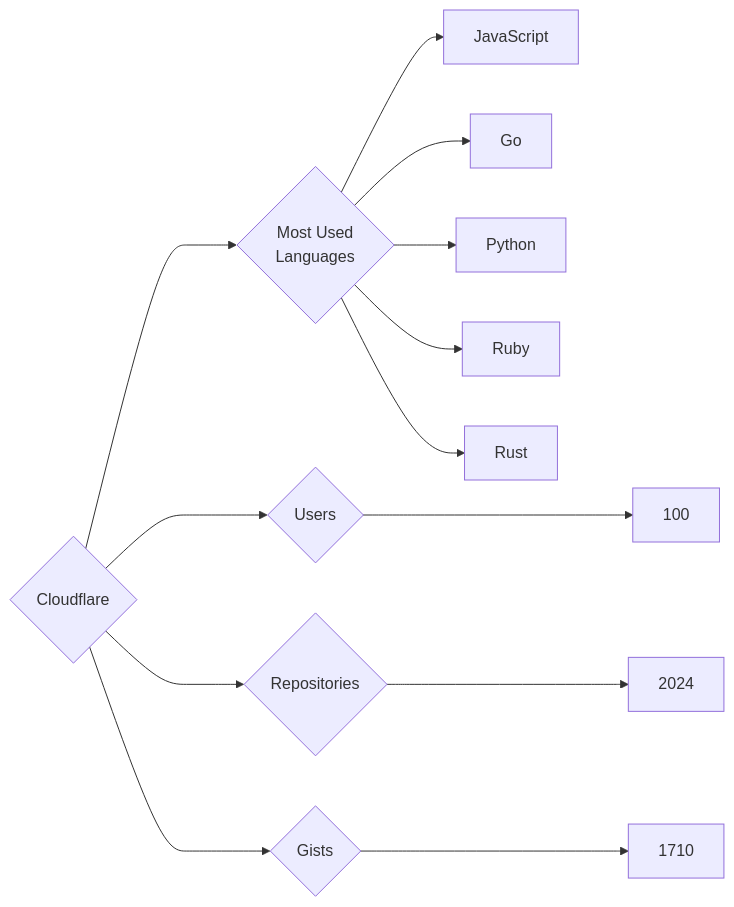
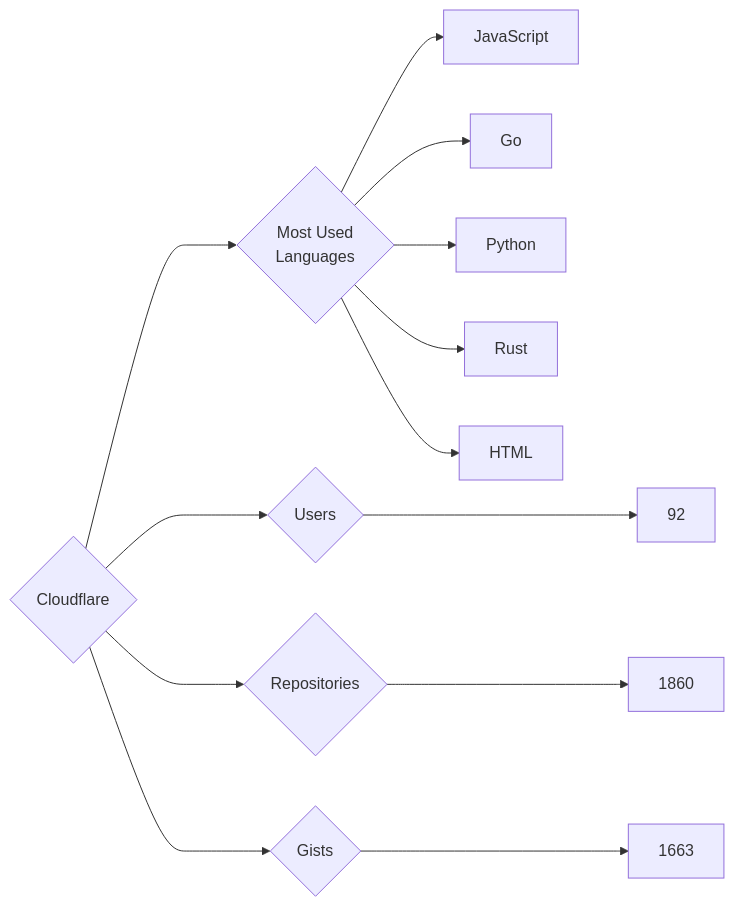
One commit to trickest/insiders changed the diagram in targets/Cloudflare/README.md. Above: the diagram before and after it, drawn with Mermaid. The commit also changed 1084 other files, not shown here.

````diff
--- a/targets/Cloudflare/README.md
+++ b/targets/Cloudflare/README.md
@@ -3,13 +3,13 @@
 ```mermaid
 graph LR
 COMPANY_NAME{Cloudflare}
-COMPANY_NAME ---> U{Users} ---> UN[100]
-COMPANY_NAME ---> R{Repositories} ---> RN[2024]
-COMPANY_NAME ---> G{Gists} ---> GN[1710]
+COMPANY_NAME ---> U{Users} ---> UN[92]
+COMPANY_NAME ---> R{Repositories} ---> RN[1860]
+COMPANY_NAME ---> G{Gists} ---> GN[1663]
 COMPANY_NAME ---> ML{Most Used<br>Languages}
 ML --> JavaScript[JavaScript]
 ML --> Go[Go]
 ML --> Python[Python]
-ML --> Ruby[Ruby]
 ML --> Rust[Rust]
+ML --> HTML[HTML]
 ```
````
